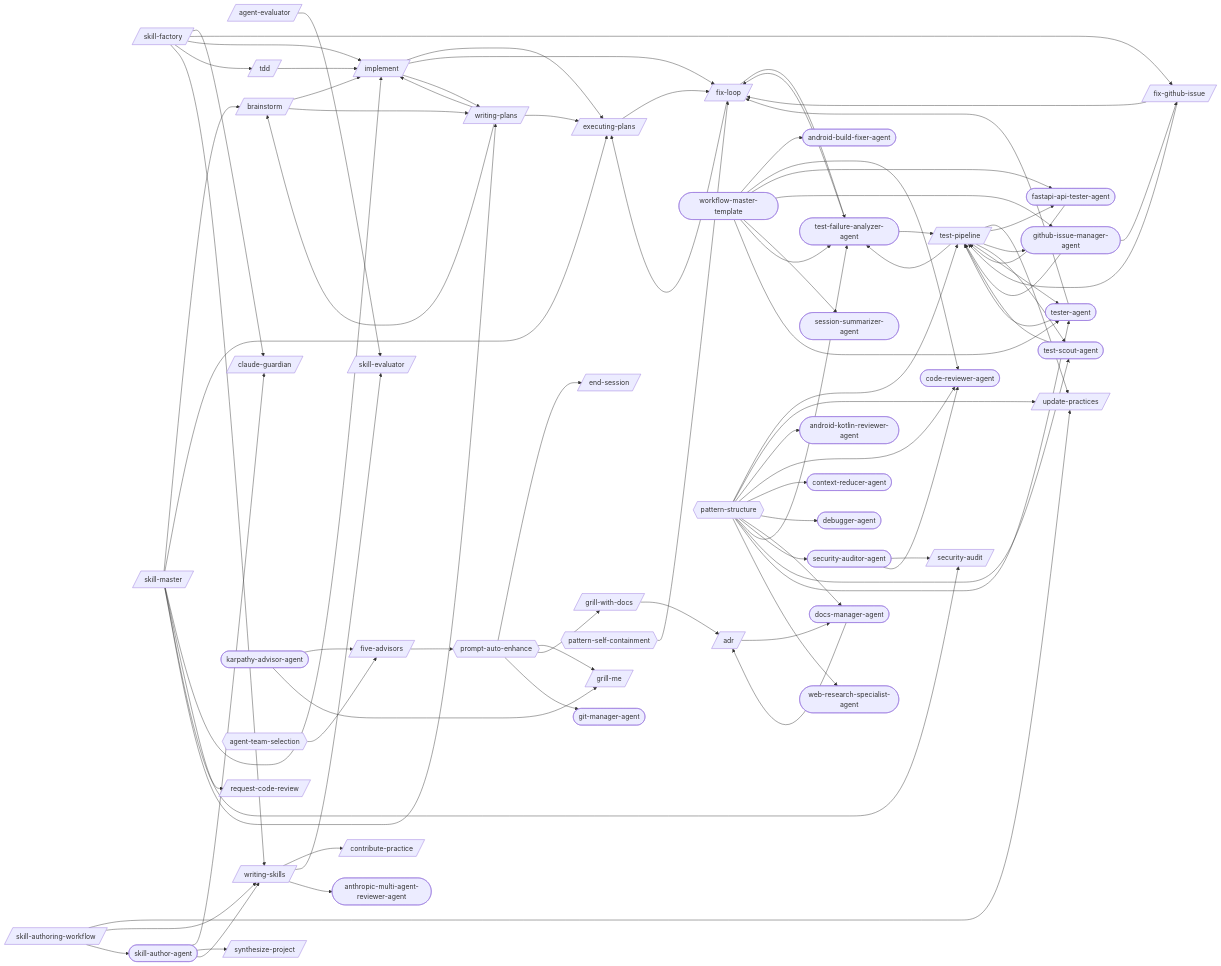
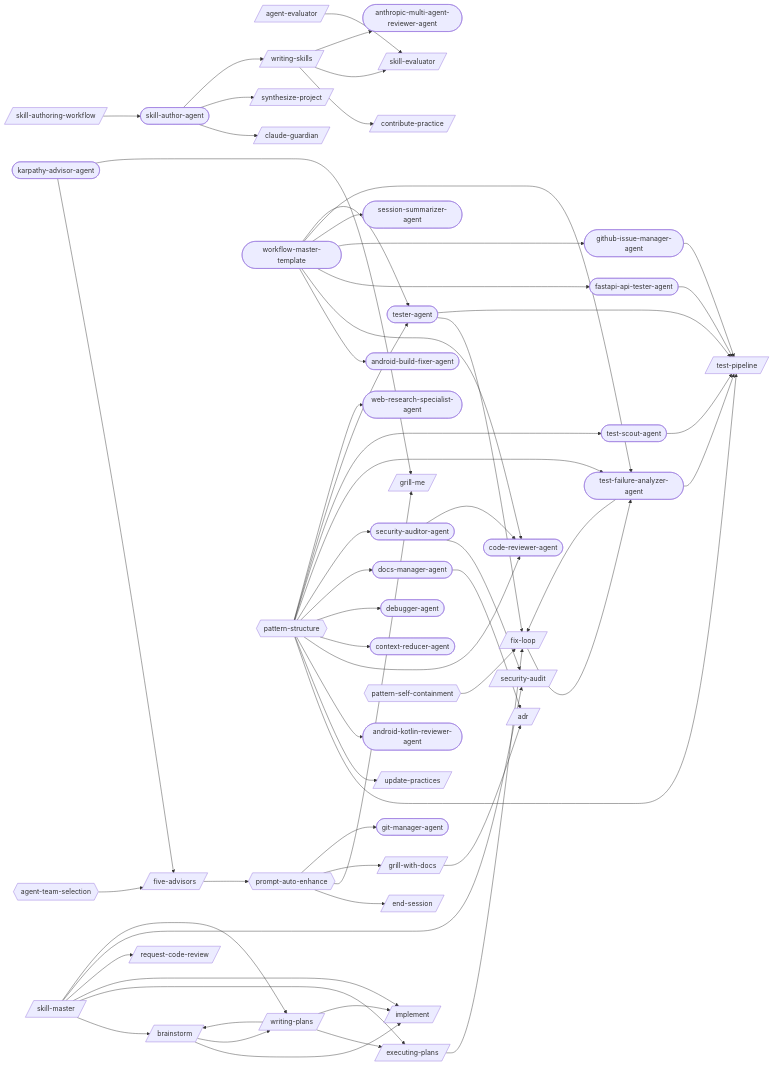
Before and after one commit to abhayla/claude-best-practices: the first of 20 diagrams in docs/workflows/skill-authoring.md, drawn with Mermaid. The commit also changed other lines of this file and 64 other files, not shown here.

```diff
--- a/docs/workflows/skill-authoring.md
+++ b/docs/workflows/skill-authoring.md
@@ -16,7 +16,6 @@
     end_session[/end-session/]
     executing_plans[/executing-plans/]
     five_advisors[/five-advisors/]
-    fix_github_issue[/fix-github-issue/]
     fix_loop[/fix-loop/]
     grill_me[/grill-me/]
     grill_with_docs[/grill-with-docs/]
@@ -25,10 +24,8 @@
     security_audit[/security-audit/]
     skill_authoring_workflow[/skill-authoring-workflow/]
     skill_evaluator[/skill-evaluator/]
-    skill_factory[/skill-factory/]
     skill_master[/skill-master/]
     synthesize_project[/synthesize-project/]
-    tdd[/tdd/]
     test_pipeline[/test-pipeline/]
     update_practices[/update-practices/]
     writing_plans[/writing-plans/]
@@ -56,45 +53,24 @@
     pattern_self_containment{{pattern-self-containment}}
     pattern_structure{{pattern-structure}}
     prompt_auto_enhance{{prompt-auto-enhance}}
-    adr --> docs_manager_agent
     agent_evaluator --> skill_evaluator
     brainstorm --> implement
     brainstorm --> writing_plans
     executing_plans --> fix_loop
     five_advisors --> prompt_auto_enhance
-    fix_github_issue --> fix_loop
-    fix_github_issue --> test_pipeline
-    fix_loop --> executing_plans
     fix_loop --> test_failure_analyzer_agent
     grill_with_docs --> adr
-    implement --> executing_plans
-    implement --> fix_loop
-    implement --> writing_plans
     prompt_auto_enhance --> end_session
     prompt_auto_enhance --> grill_me
     prompt_auto_enhance --> grill_with_docs
     prompt_auto_enhance --> git_manager_agent
-    skill_authoring_workflow --> update_practices
-    skill_authoring_workflow --> writing_skills
     skill_authoring_workflow --> skill_author_agent
-    skill_factory --> claude_guardian
-    skill_factory --> fix_github_issue
-    skill_factory --> implement
-    skill_factory --> tdd
-    skill_factory --> writing_skills
     skill_master --> brainstorm
     skill_master --> executing_plans
     skill_master --> implement
     skill_master --> request_code_review
     skill_master --> security_audit
     skill_master --> writing_plans
-    tdd --> implement
-    test_pipeline --> update_practices
-    test_pipeline --> fastapi_api_tester_agent
-    test_pipeline --> github_issue_manager_agent
-    test_pipeline --> test_failure_analyzer_agent
-    test_pipeline --> test_scout_agent
-    test_pipeline --> tester_agent
     writing_plans --> brainstorm
     writing_plans --> executing_plans
     writing_plans --> implement
@@ -103,7 +79,6 @@
     writing_skills --> anthropic_multi_agent_reviewer_agent
     docs_manager_agent --> adr
     fastapi_api_tester_agent --> test_pipeline
-    github_issue_manager_agent --> fix_github_issue
     github_issue_manager_agent --> test_pipeline
     karpathy_advisor_agent --> five_advisors
     karpathy_advisor_agent --> grill_me
```
